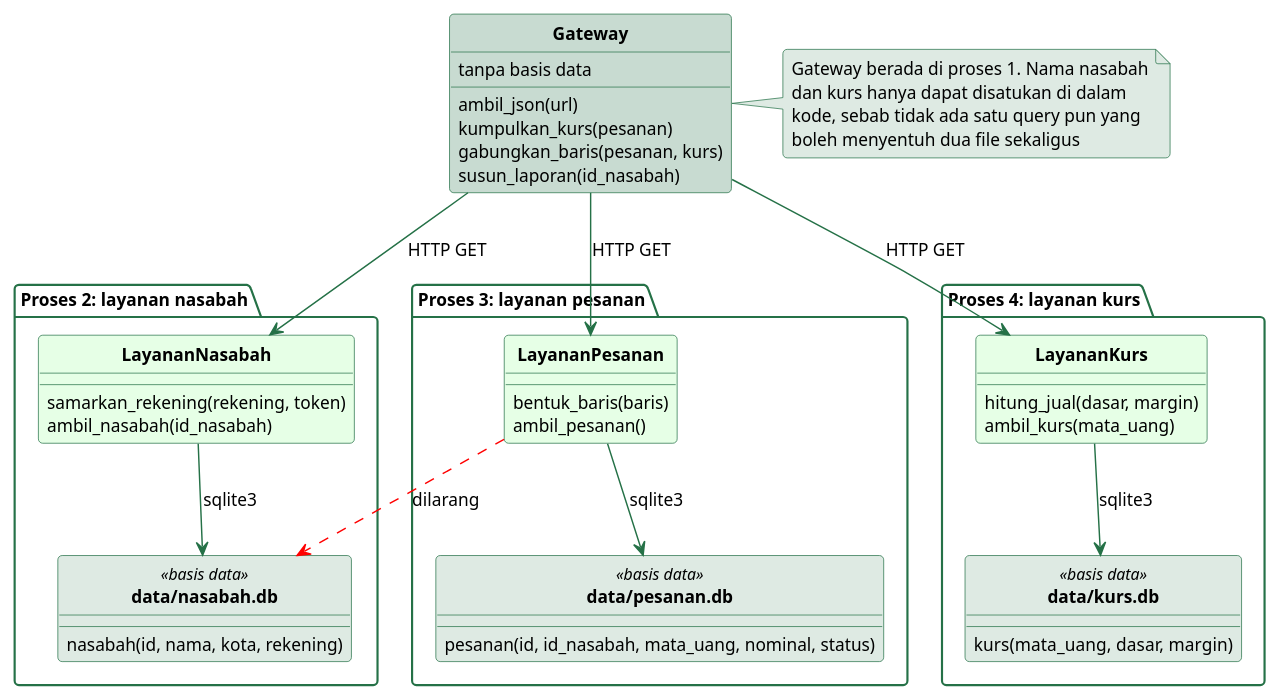
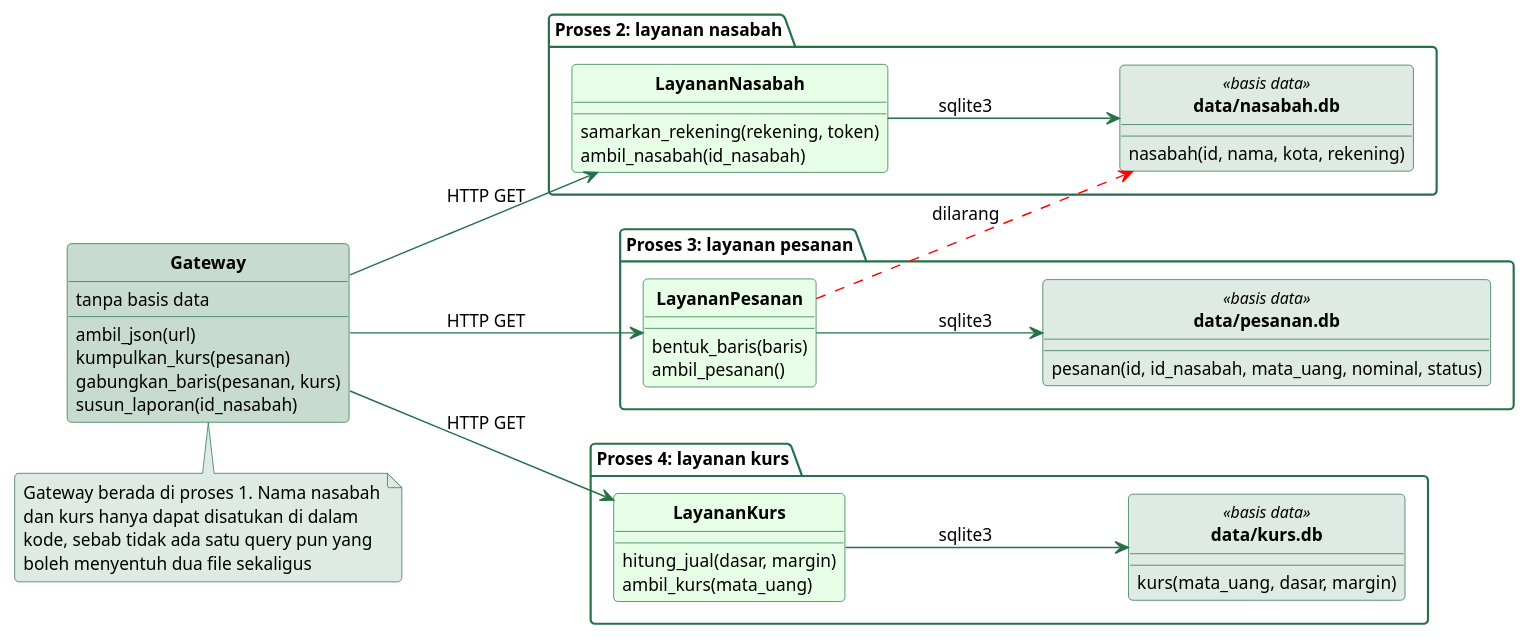
One commit to alfa-yohannis/software-architecture changed the diagram in sources/chapter13/diagram/kelas-mikroservis.puml. Above: the diagram before and after it, drawn with PlantUML. The commit also changed 29 other files, not shown here.

```diff
--- a/sources/chapter13/diagram/kelas-mikroservis.puml
+++ b/sources/chapter13/diagram/kelas-mikroservis.puml
@@ -13,83 +13,84 @@
 @startuml
 skinparam backgroundColor transparent
 skinparam defaultFontName Titillium Web
 skinparam defaultFontSize 13
 skinparam shadowing false
 skinparam roundCorner 6
 skinparam classAttributeIconSize 0
 skinparam classFontStyle bold
 skinparam ArrowColor #257147
 skinparam ArrowFontSize 12
 skinparam class {
   BorderColor #257147
   BackgroundColor #EBEBFF
   FontColor black
   AttributeFontSize 12
   StereotypeFontSize 11
 }
 skinparam package {
   BorderColor #257147
   BackgroundColor transparent
   FontColor black
   FontSize 12
 }
 skinparam note {
   BackgroundColor #DEEAE3
   BorderColor #257147
   FontSize 12
 }
 hide circle
+left to right direction
 
 class Gateway #C8DBD1 {
   tanpa basis data
   ambil_json(url)
   kumpulkan_kurs(pesanan)
   gabungkan_baris(pesanan, kurs)
   susun_laporan(id_nasabah)
 }
 
 package "Proses 2: layanan nasabah" {
   class LayananNasabah #E6FFE6 {
     samarkan_rekening(rekening, token)
     ambil_nasabah(id_nasabah)
   }
   class "data/nasabah.db" as DbNasabah <<basis data>> #DEEAE3 {
     nasabah(id, nama, kota, rekening)
   }
 }
 
 package "Proses 3: layanan pesanan" {
   class LayananPesanan #E6FFE6 {
     bentuk_baris(baris)
     ambil_pesanan()
   }
   class "data/pesanan.db" as DbPesanan <<basis data>> #DEEAE3 {
     pesanan(id, id_nasabah, mata_uang, nominal, status)
   }
 }
 
 package "Proses 4: layanan kurs" {
   class LayananKurs #E6FFE6 {
     hitung_jual(dasar, margin)
     ambil_kurs(mata_uang)
   }
   class "data/kurs.db" as DbKurs <<basis data>> #DEEAE3 {
     kurs(mata_uang, dasar, margin)
   }
 }
 
 Gateway -down-> LayananNasabah : HTTP GET
 Gateway -down-> LayananPesanan : HTTP GET
 Gateway -down-> LayananKurs : HTTP GET
 LayananNasabah -down-> DbNasabah : sqlite3
 LayananPesanan -down-> DbPesanan : sqlite3
 LayananKurs -down-> DbKurs : sqlite3
 LayananPesanan -[#red,dashed]-> DbNasabah : dilarang
 
-note right of Gateway
+note bottom of Gateway
   Gateway berada di proses 1. Nama nasabah
   dan kurs hanya dapat disatukan di dalam
   kode, sebab tidak ada satu query pun yang
   boleh menyentuh dua file sekaligus
 end note
 @enduml
```
